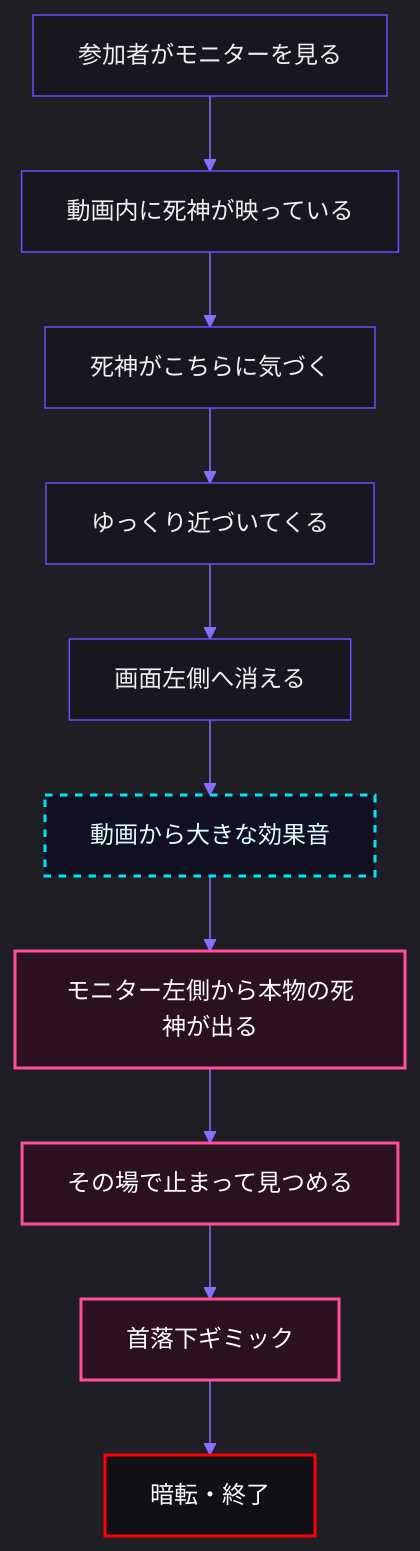
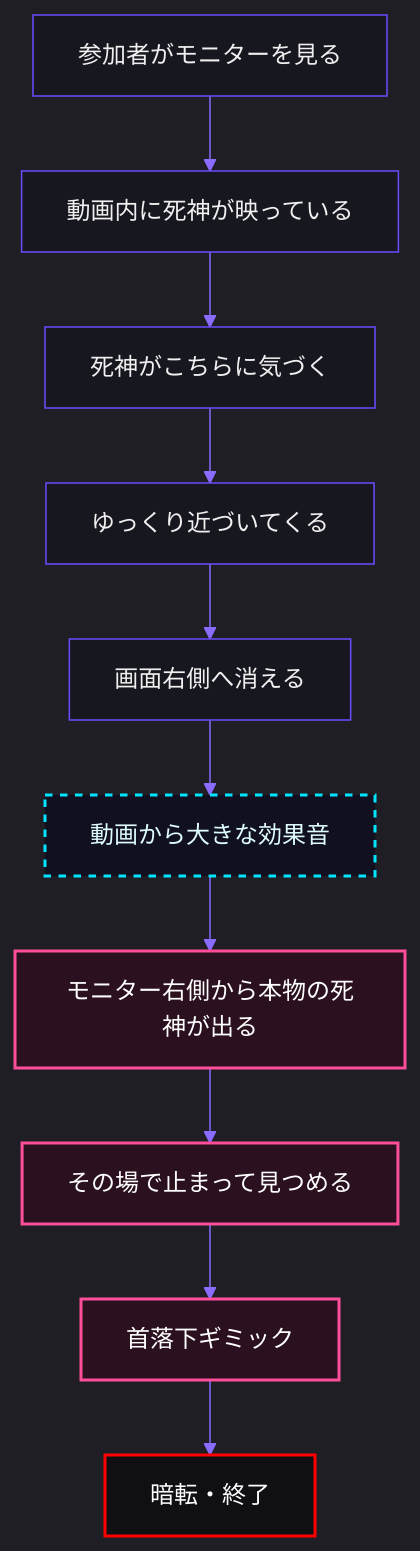
One commit to deckle123/kimodameshi2026 changed the diagram in docs/movie.md. Above: the diagram before and after it, drawn with Mermaid. The commit also changed other lines of this file and 2 other files, not shown here.

````diff
--- a/docs/movie.md
+++ b/docs/movie.md
@@ -37,35 +37,35 @@
 ```mermaid
 %%{init: {
   "theme": "dark",
   "themeVariables": {
     "background": "#0b0b0f",
     "primaryColor": "#17171f",
     "primaryTextColor": "#e8e8e8",
     "primaryBorderColor": "#6b4cff",
     "lineColor": "#8a6cff",
     "secondaryColor": "#241b2f",
     "tertiaryColor": "#111118",
     "fontFamily": "sans-serif"
   }
 }}%%
 flowchart TD
     A["参加者がモニターを見る"] --> B["動画内に死神が映っている"]
     B --> C["死神がこちらに気づく"]
     C --> D["ゆっくり近づいてくる"]
-    D --> E["画面左側へ消える"]
+    D --> E["画面右側へ消える"]
     E --> F["動画から大きな効果音"]
-    F --> G["モニター左側から本物の死神が出る"]
+    F --> G["モニター右側から本物の死神が出る"]
     G --> H["その場で止まって見つめる"]
     H --> I["首落下ギミック"]
     I --> J["暗転・終了"]
 
     classDef normal fill:#17171f,stroke:#6b4cff,color:#f0f0f0,stroke-width:1px;
     classDef scare fill:#2b1020,stroke:#ff4f9a,color:#ffffff,stroke-width:2px;
     classDef sound fill:#101020,stroke:#00e5ff,color:#dffcff,stroke-width:2px,stroke-dasharray: 5 5;
     classDef final fill:#100f14,stroke:#ff0000,color:#ffffff,stroke-width:2px;
 
     class A,B,C,D,E normal;
     class F sound;
     class G,H,I scare;
     class J final;
 ```
````
